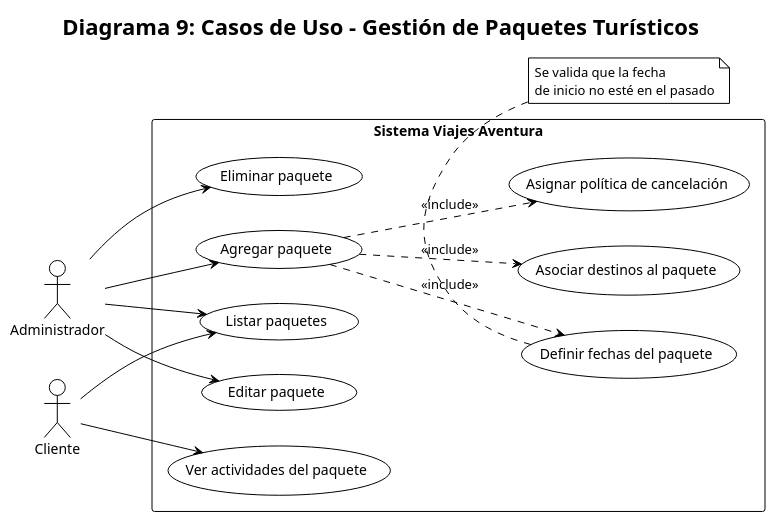
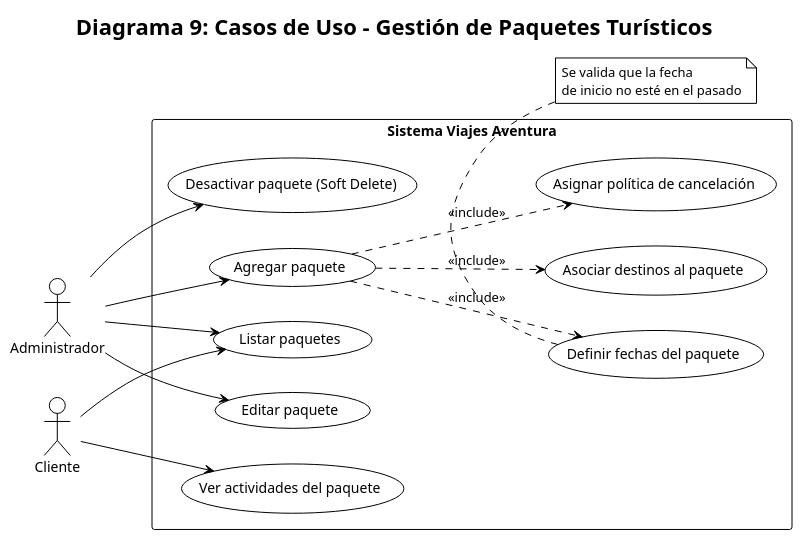
The diagram in docs/diagrama9_cu_paquetes.puml (mjperez/ti3021-viajes-aventura), drawn with PlantUML before and after one commit. The commit also changed 23 other files, not shown here.

```diff
--- a/docs/diagrama9_cu_paquetes.puml
+++ b/docs/diagrama9_cu_paquetes.puml
@@ -1,37 +1,37 @@
 @startuml CU_Gestion_Paquetes
 !theme plain
 left to right direction
 title Diagrama 9: Casos de Uso - Gestión de Paquetes Turísticos
 
 actor "Administrador" as admin
 actor "Cliente" as cliente
 
 rectangle "Sistema Viajes Aventura" {
     usecase "Listar paquetes" as UC1
     usecase "Agregar paquete" as UC2
     usecase "Editar paquete" as UC3
-    usecase "Eliminar paquete" as UC4
+    usecase "Desactivar paquete (Soft Delete)" as UC4
     usecase "Asociar destinos al paquete" as UC5
     usecase "Definir fechas del paquete" as UC6
     usecase "Asignar política de cancelación" as UC7
     usecase "Ver actividades del paquete" as UC8
 }
 
 admin --> UC1
 admin --> UC2
 admin --> UC3
 admin --> UC4
 
 cliente --> UC1
 cliente --> UC8
 
 UC2 ..> UC5 : <<include>>
 UC2 ..> UC6 : <<include>>
 UC2 ..> UC7 : <<include>>
 
 note bottom of UC6
   Se valida que la fecha
   de inicio no esté en el pasado
 end note
 
 @enduml
```
